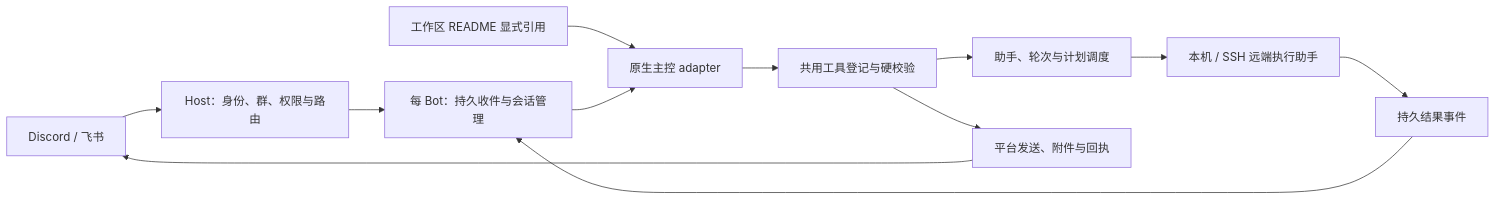
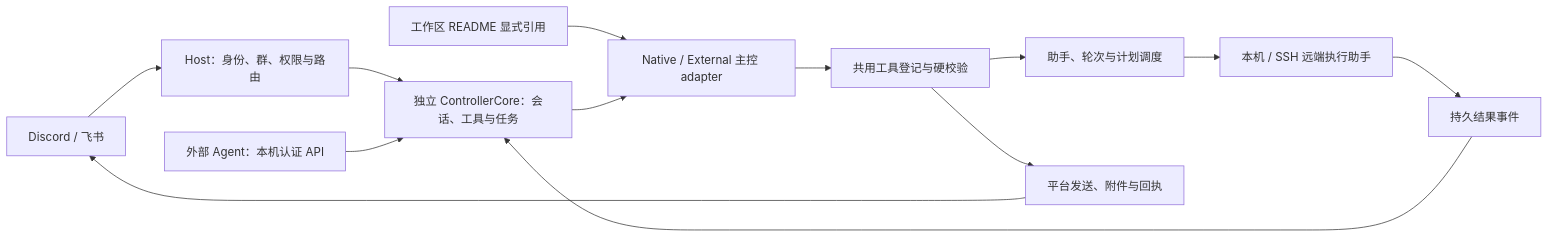
One commit to sumizomeee-rgb/agent-bridge changed the diagram in README.md. Above: the diagram before and after it, drawn with Mermaid. The commit also changed other lines of this file and 103 other files, not shown here.

````diff
--- a/README.md
+++ b/README.md
@@ -108,14 +104,15 @@
 ```mermaid
 flowchart LR
   P[Discord / 飞书] --> H[Host：身份、群、权限与路由]
-  H --> B[每 Bot：持久收件与会话管理]
-  W[工作区 README 显式引用] --> N[原生主控 adapter]
+  H --> B[独立 ControllerCore：会话、工具与任务]
+  E[外部 Agent：本机认证 API] --> B
+  W[工作区 README 显式引用] --> N[Native / External 主控 adapter]
   B --> N
   N --> T[共用工具登记与硬校验]
   T --> R[助手、轮次与计划调度]
   R --> A[本机 / SSH 远端执行助手]
   A --> Q[持久结果事件]
   Q --> B
   T --> S[平台发送、附件与回执]
   S --> P
 ```
````
